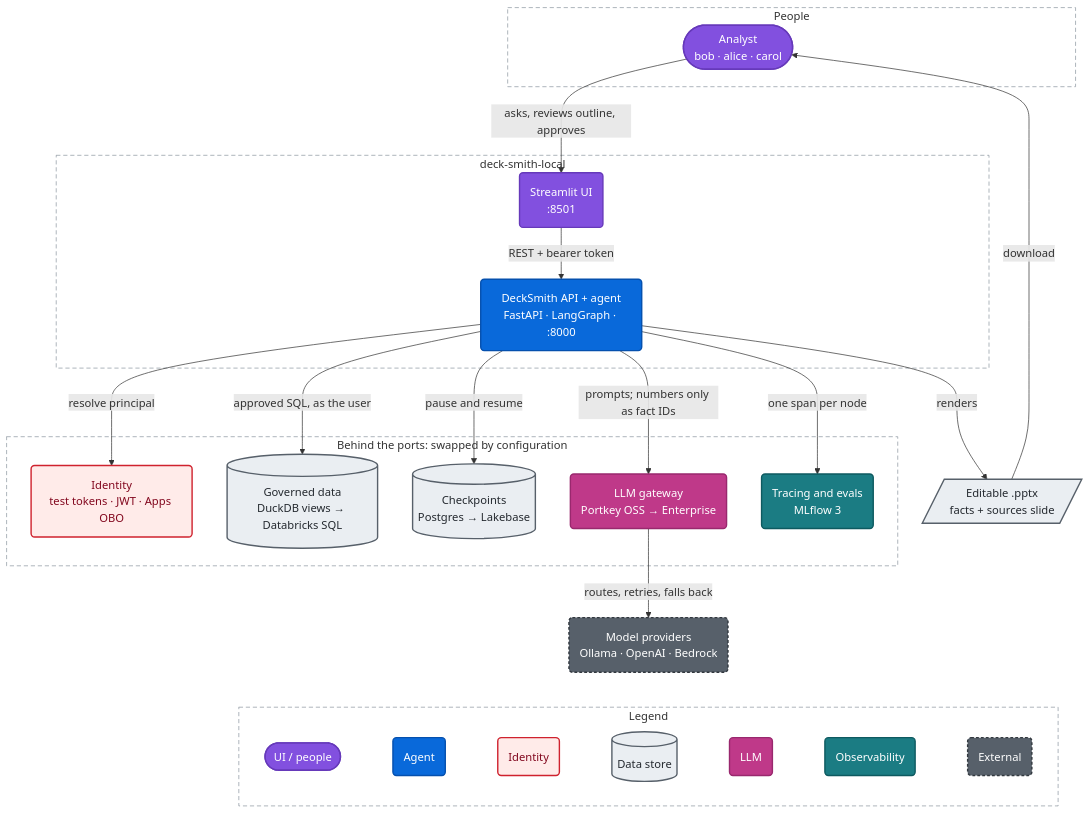
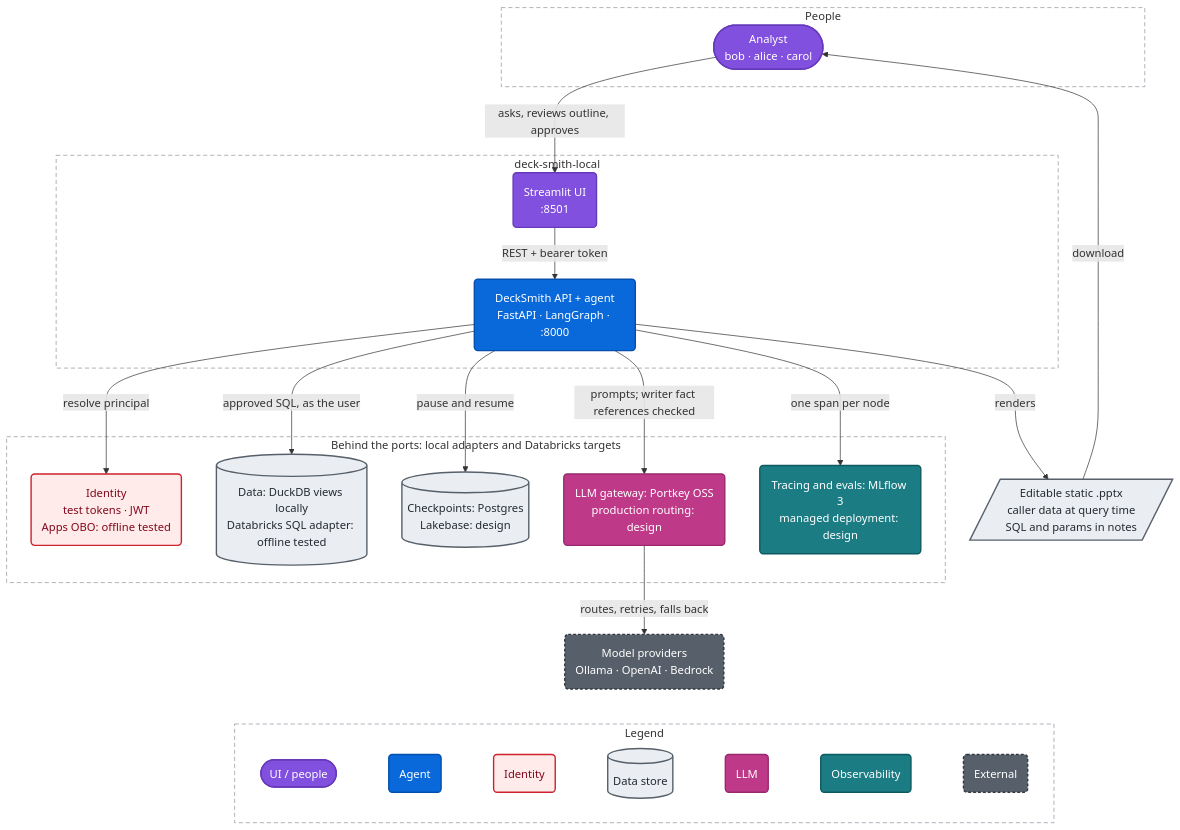
The diagram in docs/diagrams/system-context.mmd (santoshshinde2012/deck-smith-local), drawn with Mermaid before and after one commit. The commit also changed 30 other files, not shown here.

```diff
--- a/docs/diagrams/system-context.mmd
+++ b/docs/diagrams/system-context.mmd
@@ -1,55 +1,55 @@
 %% diagram: system-context
-%% caption: System context. Analysts talk to the UI; the agent reaches governed data, models, state and tracing only through its ports.
+%% caption: System context. The local use case runs through ports. Databricks identity and data adapters are offline tested; managed services and live deployment remain a design target.
 flowchart TB
   subgraph PEOPLE["People"]
     AN(["Analyst<br/>bob · alice · carol"]):::ui
   end
 
   subgraph SYS["deck-smith-local"]
     UI("Streamlit UI<br/>:8501"):::ui
     API("DeckSmith API + agent<br/>FastAPI · LangGraph · :8000"):::app
   end
 
-  subgraph DEPS["Behind the ports: swapped by configuration"]
-    IDP("Identity<br/>test tokens · JWT · Apps OBO"):::sec
-    DATA[("Governed data<br/>DuckDB views → Databricks SQL")]:::store
-    STATE[("Checkpoints<br/>Postgres → Lakebase")]:::store
-    GW("LLM gateway<br/>Portkey OSS → Enterprise"):::llm
-    OBS("Tracing and evals<br/>MLflow 3"):::obs
+  subgraph DEPS["Behind the ports: local adapters and Databricks targets"]
+    IDP("Identity<br/>test tokens · JWT<br/>Apps OBO: offline tested"):::sec
+    DATA[("Data: DuckDB views locally<br/>Databricks SQL adapter: offline tested")]:::store
+    STATE[("Checkpoints: Postgres<br/>Lakebase: design")]:::store
+    GW("LLM gateway: Portkey OSS<br/>production routing: design"):::llm
+    OBS("Tracing and evals: MLflow 3<br/>managed deployment: design"):::obs
   end
 
   MODELS("Model providers<br/>Ollama · OpenAI · Bedrock"):::ext
-  DECK[/"Editable .pptx<br/>facts + sources slide"/]:::store
+  DECK[/"Editable static .pptx<br/>caller data at query time<br/>SQL and params in notes"/]:::store
 
   AN -->|asks, reviews outline, approves| UI
   UI -->|REST + bearer token| API
   API -->|resolve principal| IDP
   API -->|approved SQL, as the user| DATA
   API -->|pause and resume| STATE
-  API -->|prompts; numbers only as fact IDs| GW
+  API -->|prompts; writer fact references checked| GW
   GW -->|routes, retries, falls back| MODELS
   API -->|one span per node| OBS
   API -->|renders| DECK
   DECK -->|download| AN
 
   subgraph LEGEND["Legend"]
     direction LR
     K1(["UI / people"]):::ui ~~~ K2("Agent"):::app ~~~ K3("Identity"):::sec ~~~ K4[("Data store")]:::store ~~~ K5("LLM"):::llm ~~~ K6("Observability"):::obs ~~~ K7("External"):::ext
   end
 
   classDef ui fill:#8250DF,stroke:#6639BA,stroke-width:2px,color:#FFFFFF
   classDef app fill:#0969DA,stroke:#0550AE,stroke-width:2px,color:#FFFFFF
   classDef core fill:#1A7F37,stroke:#116329,stroke-width:2px,color:#FFFFFF
   classDef port fill:#FFF8C5,stroke:#9A6700,stroke-width:2px,color:#3B2300
   classDef local fill:#DDF4FF,stroke:#0969DA,stroke-width:2px,color:#0A3069
   classDef dbx fill:#FFF1E5,stroke:#BC4C00,stroke-width:2px,color:#762C00
   classDef store fill:#EAEEF2,stroke:#57606A,stroke-width:2px,color:#24292F
   classDef llm fill:#BF3989,stroke:#99286E,stroke-width:2px,color:#FFFFFF
   classDef obs fill:#1B7C83,stroke:#0E5A60,stroke-width:2px,color:#FFFFFF
   classDef ext fill:#57606A,stroke:#32383F,stroke-width:2px,color:#FFFFFF,stroke-dasharray:4 3
   classDef sec fill:#FFEBE9,stroke:#CF222E,stroke-width:2px,color:#82071E
   style PEOPLE fill:transparent,stroke:#8C959F,stroke-width:1px,stroke-dasharray:6 4
   style SYS fill:transparent,stroke:#8C959F,stroke-width:1px,stroke-dasharray:6 4
   style DEPS fill:transparent,stroke:#8C959F,stroke-width:1px,stroke-dasharray:6 4
   MODELS ~~~ LEGEND
   style LEGEND fill:transparent,stroke:#8C959F,stroke-width:1px,stroke-dasharray:6 4
```
